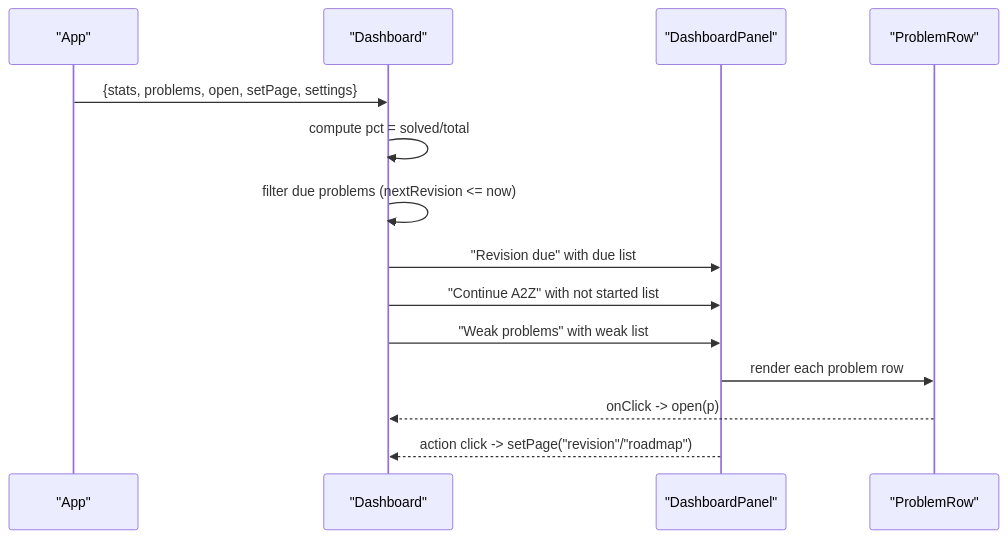
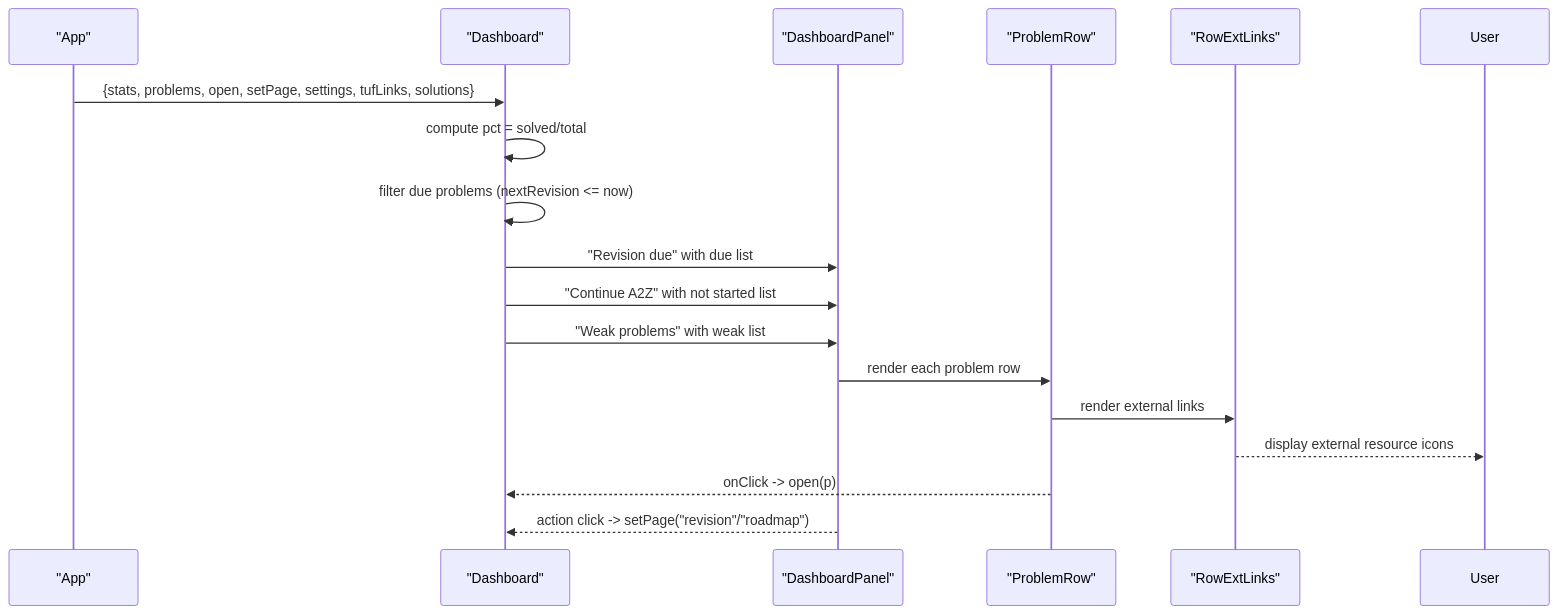
One commit to iamrituraj/DSA-Tracker changed the second of 12 diagrams in .qoder/repowiki/en/content/Frontend Application/Dashboard Component.md. Above: the diagram before and after it, drawn with Mermaid. The commit also changed other lines of this file and 21 other files, not shown here.

````diff
--- a/.qoder/repowiki/en/content/Frontend Application/Dashboard Component.md
+++ b/.qoder/repowiki/en/content/Frontend Application/Dashboard Component.md
@@ -85,16 +99,19 @@
 ```mermaid
 sequenceDiagram
 participant App as "App"
 participant Dashboard as "Dashboard"
 participant Panel as "DashboardPanel"
 participant Row as "ProblemRow"
-App->>Dashboard : {stats, problems, open, setPage, settings}
+participant ExtLinks as "RowExtLinks"
+App->>Dashboard : {stats, problems, open, setPage, settings, tufLinks, solutions}
 Dashboard->>Dashboard : compute pct = solved/total
 Dashboard->>Dashboard : filter due problems (nextRevision <= now)
 Dashboard->>Panel : "Revision due" with due list
 Dashboard->>Panel : "Continue A2Z" with not started list
 Dashboard->>Panel : "Weak problems" with weak list
 Panel->>Row : render each problem row
+Row->>ExtLinks : render external links
+ExtLinks-->>User : display external resource icons
 Row-->>Dashboard : onClick -> open(p)
 Panel-->>Dashboard : action click -> setPage("revision"/"roadmap")
 ```
````
